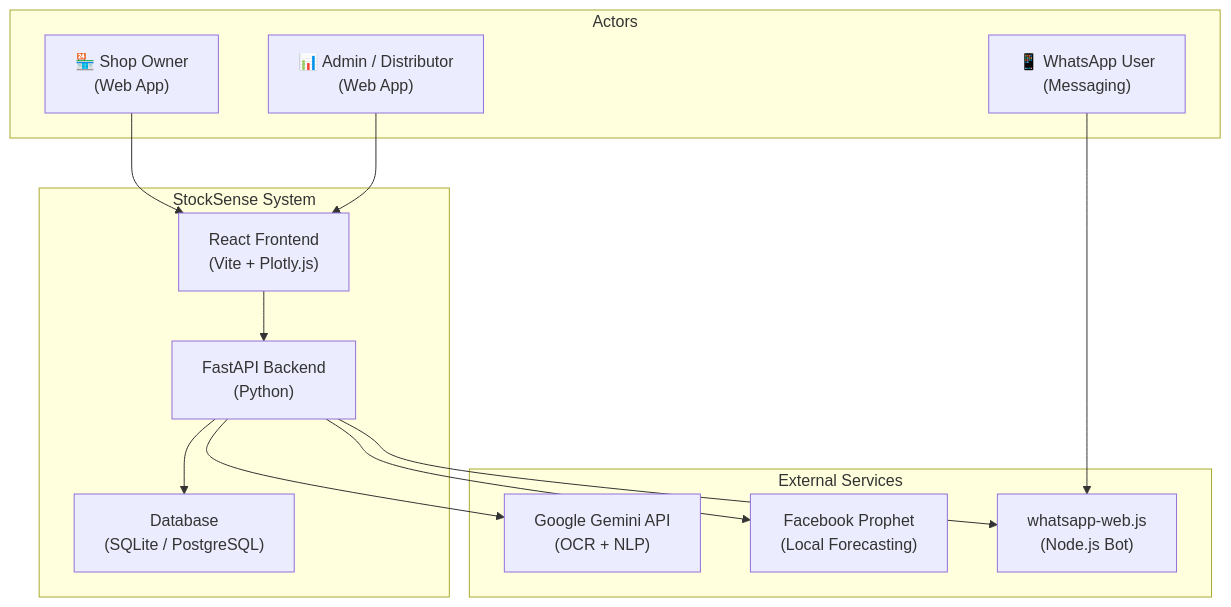
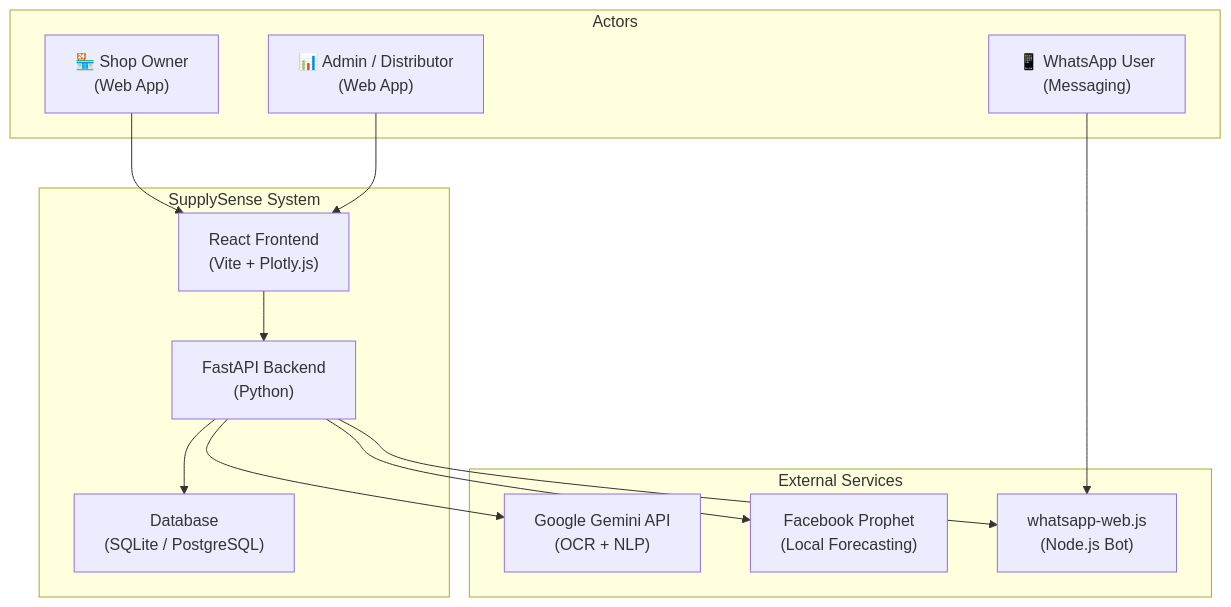
One commit to ARYAN10227/SupplySense changed the first of 13 diagrams in docs/HLD_mermaid.md. Above: the diagram before and after it, drawn with Mermaid. The commit also changed other lines of this file and 42 other files, not shown here.

First line of the commit message:
docs: fix README, add DEPLOYMENT.md and CI, unify SupplySense naming

````diff
--- a/docs/HLD_mermaid.md
+++ b/docs/HLD_mermaid.md
@@ -9,29 +9,29 @@
 ```mermaid
 graph TB
     subgraph Actors
         SO["🏪 Shop Owner<br/>(Web App)"]
         WU["📱 WhatsApp User<br/>(Messaging)"]
         AD["📊 Admin / Distributor<br/>(Web App)"]
     end
 
-    subgraph StockSense["StockSense System"]
+    subgraph SupplySense["SupplySense System"]
         FE["React Frontend<br/>(Vite + Plotly.js)"]
         BE["FastAPI Backend<br/>(Python)"]
         DB["Database<br/>(SQLite / PostgreSQL)"]
     end
 
     subgraph External["External Services"]
         GEM["Google Gemini API<br/>(OCR + NLP)"]
         PRO["Facebook Prophet<br/>(Local Forecasting)"]
         WA["whatsapp-web.js<br/>(Node.js Bot)"]
     end
 
     SO --> FE
     WU --> WA
     AD --> FE
     FE --> BE
     BE --> DB
     BE --> GEM
     BE --> PRO
     BE --> WA
 ```
````
